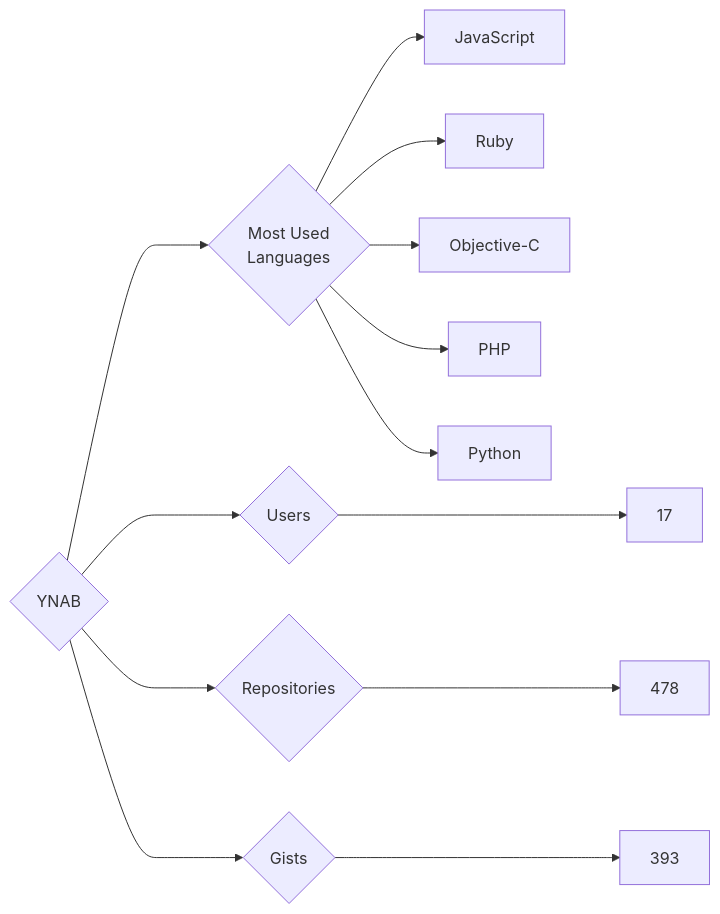
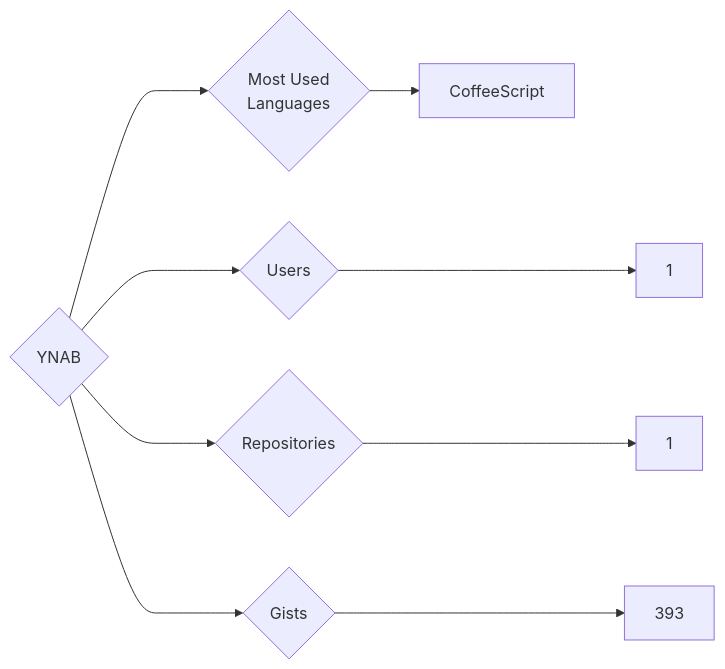
One commit to trickest/insiders changed the diagram in targets/YNAB/README.md. Above: the diagram before and after it, drawn with Mermaid. The commit also changed 597 other files, not shown here.

````diff
--- a/targets/YNAB/README.md
+++ b/targets/YNAB/README.md
@@ -3,13 +3,9 @@
 ```mermaid
 graph LR
 COMPANY_NAME{YNAB}
-COMPANY_NAME ---> U{Users} ---> UN[17]
-COMPANY_NAME ---> R{Repositories} ---> RN[478]
+COMPANY_NAME ---> U{Users} ---> UN[1]
+COMPANY_NAME ---> R{Repositories} ---> RN[1]
 COMPANY_NAME ---> G{Gists} ---> GN[393]
 COMPANY_NAME ---> ML{Most Used<br>Languages}
-ML --> JavaScript[JavaScript]
-ML --> Ruby[Ruby]
-ML --> Objective-C[Objective-C]
-ML --> PHP[PHP]
-ML --> Python[Python]
+ML --> CoffeeScript[CoffeeScript]
 ```
````
